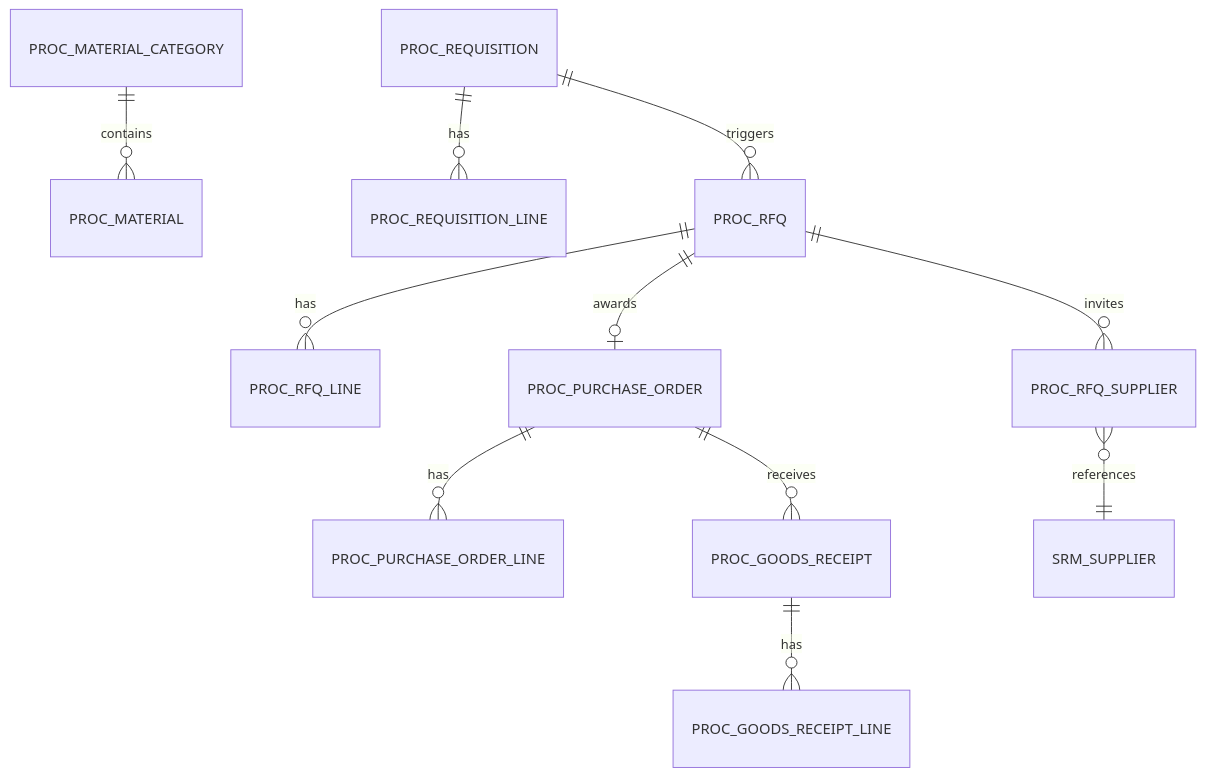
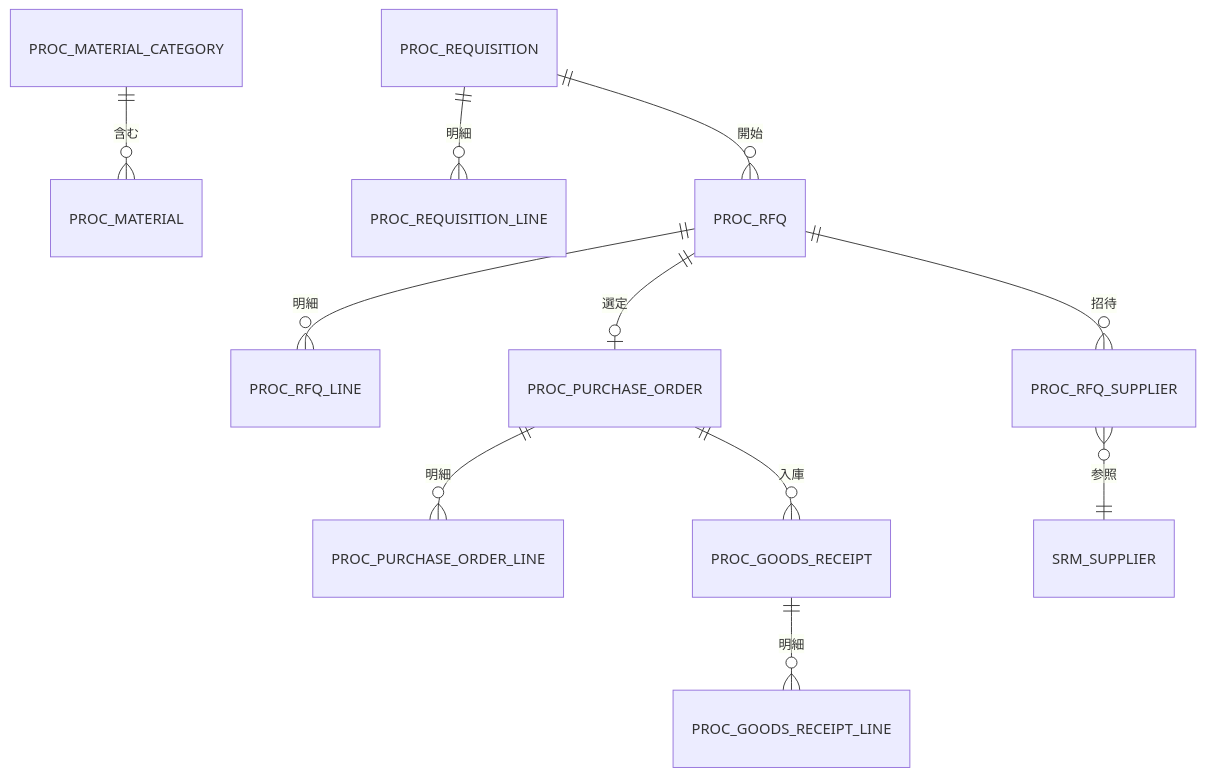
One commit to wang-baohai/Omni-Stack changed the second of 7 diagrams in docs/design/procurement-design.jp.md. Above: the diagram before and after it, drawn with Mermaid. The commit also changed other lines of this file and 1095 other files, not shown here.

````diff
--- a/docs/design/procurement-design.jp.md
+++ b/docs/design/procurement-design.jp.md
@@ -98,13 +107,13 @@
 ```mermaid
 erDiagram
-    PROC_MATERIAL_CATEGORY ||--o{ PROC_MATERIAL : contains
-    PROC_REQUISITION ||--o{ PROC_REQUISITION_LINE : has
-    PROC_REQUISITION ||--o{ PROC_RFQ : triggers
-    PROC_RFQ ||--o{ PROC_RFQ_LINE : has
-    PROC_RFQ ||--o{ PROC_RFQ_SUPPLIER : invites
-    PROC_RFQ ||--o| PROC_PURCHASE_ORDER : awards
-    PROC_PURCHASE_ORDER ||--o{ PROC_PURCHASE_ORDER_LINE : has
-    PROC_PURCHASE_ORDER ||--o{ PROC_GOODS_RECEIPT : receives
-    PROC_GOODS_RECEIPT ||--o{ PROC_GOODS_RECEIPT_LINE : has
-    PROC_RFQ_SUPPLIER }o--|| SRM_SUPPLIER : references
+    PROC_MATERIAL_CATEGORY ||--o{ PROC_MATERIAL : 含む
+    PROC_REQUISITION ||--o{ PROC_REQUISITION_LINE : 明細
+    PROC_REQUISITION ||--o{ PROC_RFQ : 開始
+    PROC_RFQ ||--o{ PROC_RFQ_LINE : 明細
+    PROC_RFQ ||--o{ PROC_RFQ_SUPPLIER : 招待
+    PROC_RFQ ||--o| PROC_PURCHASE_ORDER : 選定
+    PROC_PURCHASE_ORDER ||--o{ PROC_PURCHASE_ORDER_LINE : 明細
+    PROC_PURCHASE_ORDER ||--o{ PROC_GOODS_RECEIPT : 入庫
+    PROC_GOODS_RECEIPT ||--o{ PROC_GOODS_RECEIPT_LINE : 明細
+    PROC_RFQ_SUPPLIER }o--|| SRM_SUPPLIER : 参照
 ```
````
